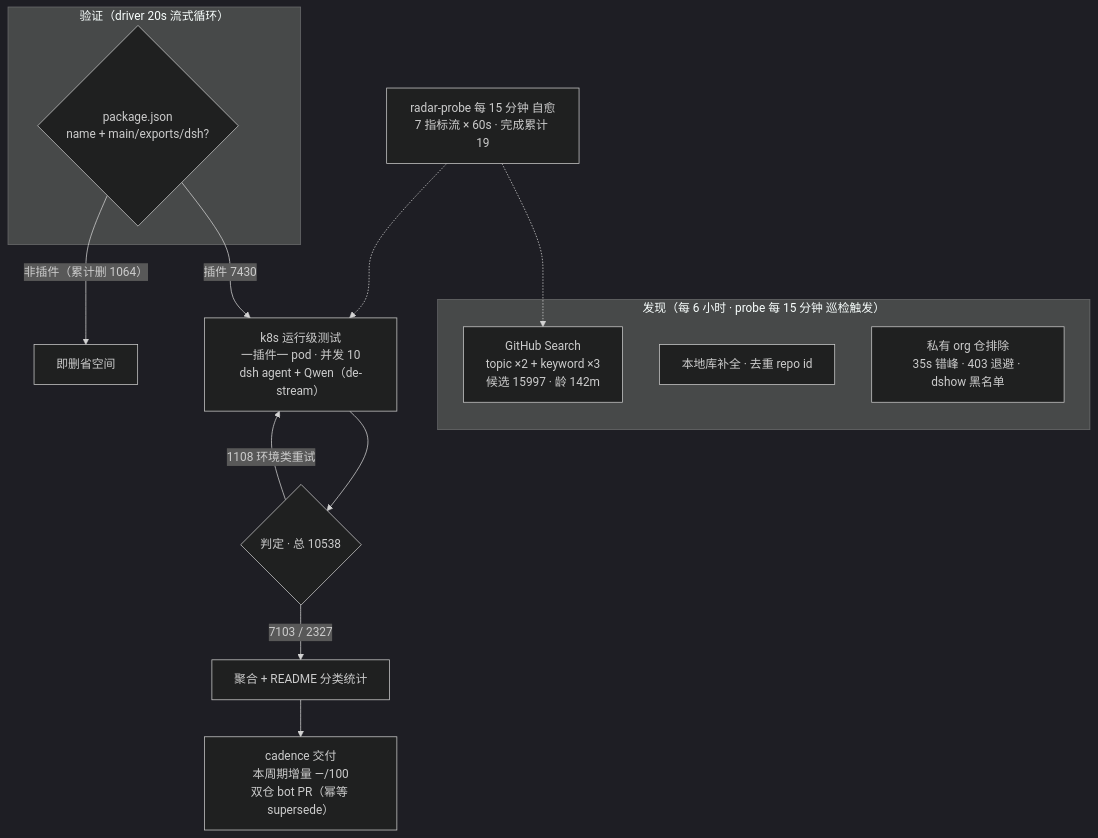
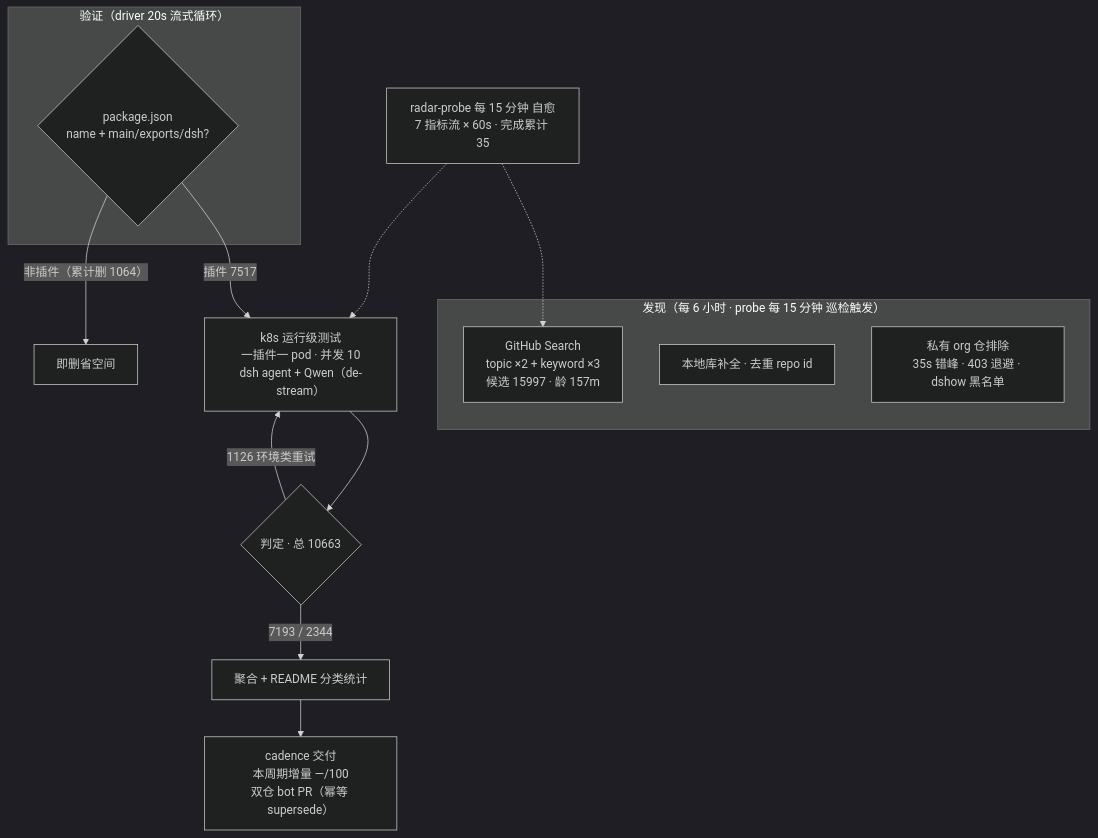
Before and after one commit to Zhidao-Lab-OSS/awesome-dsh-plugins: the diagram in README.md, drawn with Mermaid (dark theme). The commit also changed other lines of this file and 1 other file, not shown here.

````diff
--- a/README.md
+++ b/README.md
@@ -37,20 +37,20 @@
 ```mermaid
 flowchart TB
     subgraph Discovery["发现（每 6 小时 · probe 每 15 分钟 巡检触发）"]
-        A1["GitHub Search<br/>topic ×2 + keyword ×3<br/>候选 15997 · 龄 142m"]
+        A1["GitHub Search<br/>topic ×2 + keyword ×3<br/>候选 15997 · 龄 157m"]
         A2["本地库补全 · 去重 repo id"]
         A3["私有 org 仓排除<br/>35s 错峰 · 403 退避 · dshow 黑名单"]
     end
     subgraph Validation["验证（driver 20s 流式循环）"]
         B1{"package.json<br/>name + main/exports/dsh?"}
     end
-    B1 -->|"插件 7430"| C1["k8s 运行级测试<br/>一插件一 pod · 并发 10<br/>dsh agent + Qwen（de-stream）"]
+    B1 -->|"插件 7517"| C1["k8s 运行级测试<br/>一插件一 pod · 并发 10<br/>dsh agent + Qwen（de-stream）"]
     B1 -->|"非插件（累计删 1064）"| B3["即删省空间"]
-    C1 --> D1{"判定 · 总 10538"}
-    D1 -->|"7103 / 2327"| E1["聚合 + README 分类统计"]
-    D1 -->|"1108 环境类重试"| C1
+    C1 --> D1{"判定 · 总 10663"}
+    D1 -->|"7193 / 2344"| E1["聚合 + README 分类统计"]
+    D1 -->|"1126 环境类重试"| C1
     E1 --> E2["cadence 交付<br/>本周期增量 —/100<br/>双仓 bot PR（幂等 supersede）"]
-    M["radar-probe 每 15 分钟 自愈<br/>7 指标流 × 60s · 完成累计 19"]
+    M["radar-probe 每 15 分钟 自愈<br/>7 指标流 × 60s · 完成累计 35"]
     M -.-> A1
     M -.-> C1
 ```
````
